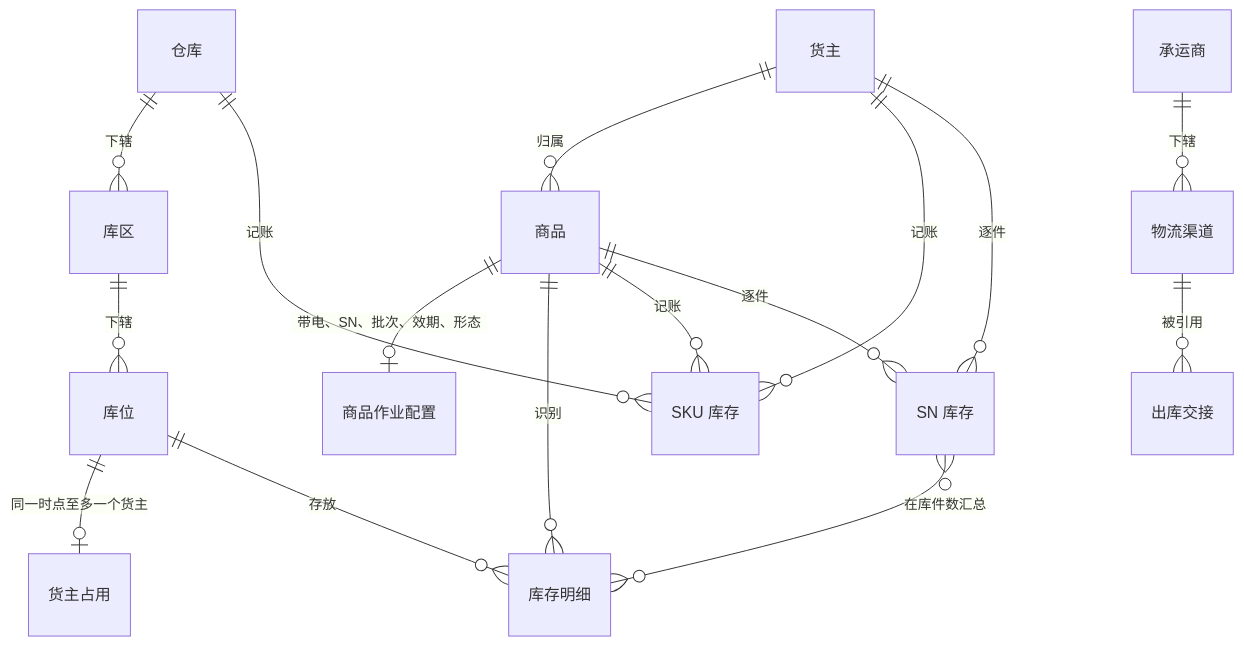
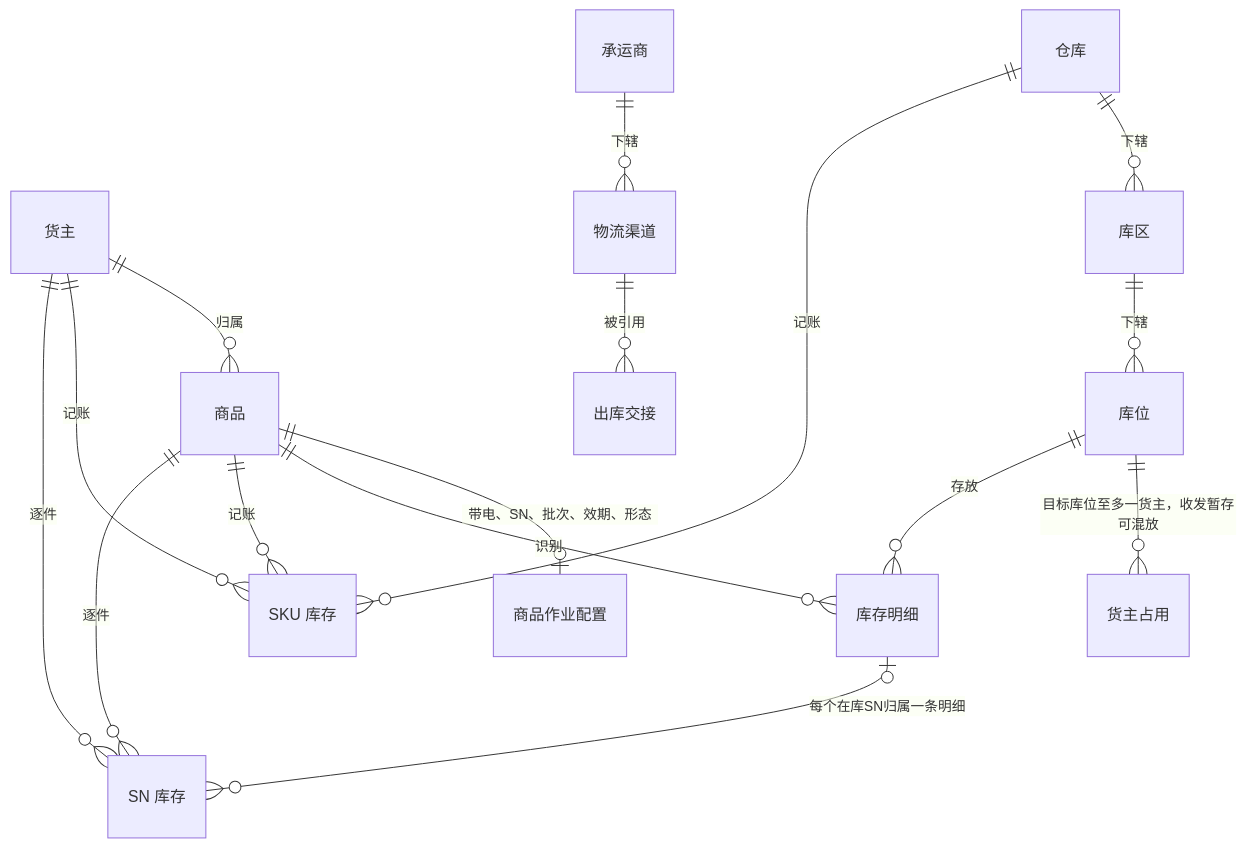
Before and after one commit to TopVitamin/QS-WMS-Project: the first of 2 diagrams in 05-应用设计方案/20261002-MVP版本/系统架构设计/02-实体对象关系.md, drawn with Mermaid. The commit also changed other lines of this file and 139 other files, not shown here.

````diff
--- a/05-应用设计方案/20261002-MVP版本/系统架构设计/02-实体对象关系.md
+++ b/05-应用设计方案/20261002-MVP版本/系统架构设计/02-实体对象关系.md
@@ -69,18 +70,18 @@
 ```mermaid
 erDiagram
     "货主" ||--o{ "商品" : "归属"
     "商品" ||--o| "商品作业配置" : "带电、SN、批次、效期、形态"
     "仓库" ||--o{ "库区" : "下辖"
     "库区" ||--o{ "库位" : "下辖"
-    "库位" ||--o| "货主占用" : "同一时点至多一个货主"
+    "库位" ||--o{ "货主占用" : "目标库位至多一货主，收发暂存可混放"
     "库位" ||--o{ "库存明细" : "存放"
     "商品" ||--o{ "库存明细" : "识别"
     "仓库" ||--o{ "SKU 库存" : "记账"
     "货主" ||--o{ "SKU 库存" : "记账"
     "商品" ||--o{ "SKU 库存" : "记账"
     "货主" ||--o{ "SN 库存" : "逐件"
     "商品" ||--o{ "SN 库存" : "逐件"
-    "SN 库存" }o--o{ "库存明细" : "在库件数汇总"
+    "库存明细" |o--o{ "SN 库存" : "每个在库SN归属一条明细"
     "承运商" ||--o{ "物流渠道" : "下辖"
     "物流渠道" ||--o{ "出库交接" : "被引用"
 ```
````
